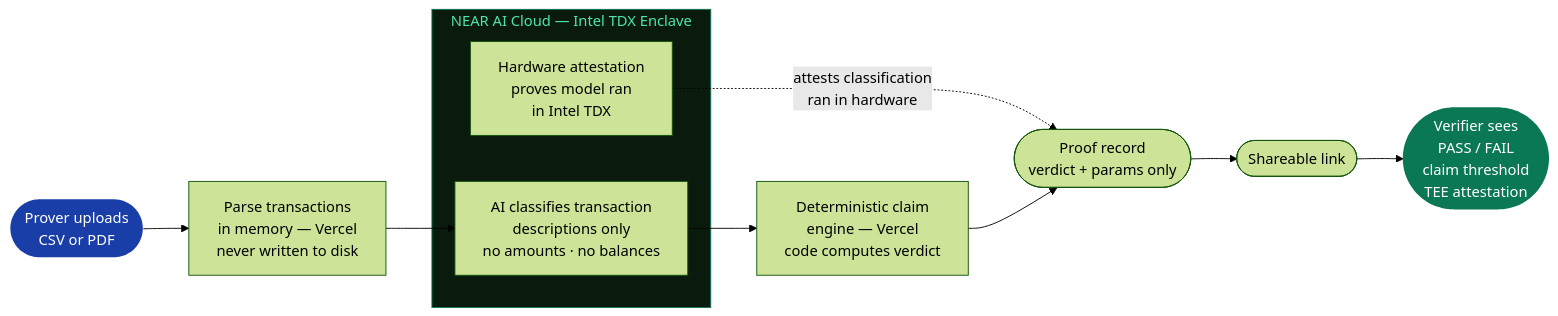
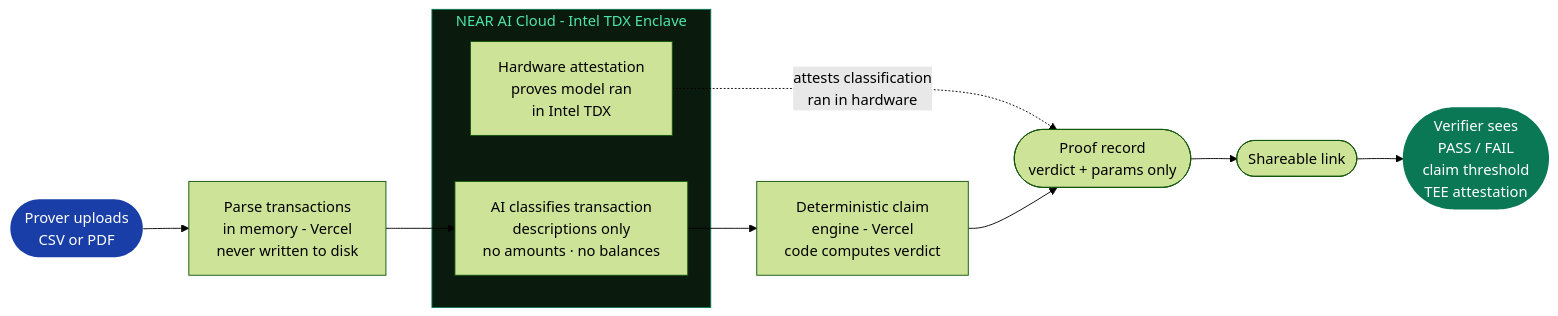
One commit to nisargpatel7042lva/vouch changed the first of 2 diagrams in README.md. Above: the diagram before and after it, drawn with Mermaid (forest theme). The commit also changed other lines of this file and 2 other files, not shown here.

````diff
--- a/README.md
+++ b/README.md
@@ -33,21 +33,21 @@
 ```mermaid
 flowchart LR
     A([Prover uploads\nCSV or PDF]) --> B
 
-    B[Parse transactions\nin memory — Vercel\nnever written to disk] --> C
+    B[Parse transactions\nin memory - Vercel\nnever written to disk] --> C
 
-    subgraph TEE ["NEAR AI Cloud — Intel TDX Enclave"]
+    subgraph TEE ["NEAR AI Cloud - Intel TDX Enclave"]
         C[AI classifies transaction\ndescriptions only\nno amounts · no balances]
         D[Hardware attestation\nproves model ran\nin Intel TDX]
     end
 
-    C --> E[Deterministic claim\nengine — Vercel\ncode computes verdict]
+    C --> E[Deterministic claim\nengine - Vercel\ncode computes verdict]
     D -.->|attests classification\nran in hardware| F
     E --> F([Proof record\nverdict + params only])
     F --> G([Shareable link])
     G --> H([Verifier sees\nPASS / FAIL\nclaim threshold\nTEE attestation])
 
     style TEE fill:#0a1a0d,color:#4de6a8,stroke:#0a7855
     style A fill:#1a3ea8,color:#fff,stroke:none
     style H fill:#0a7855,color:#fff,stroke:none
 ```
````
